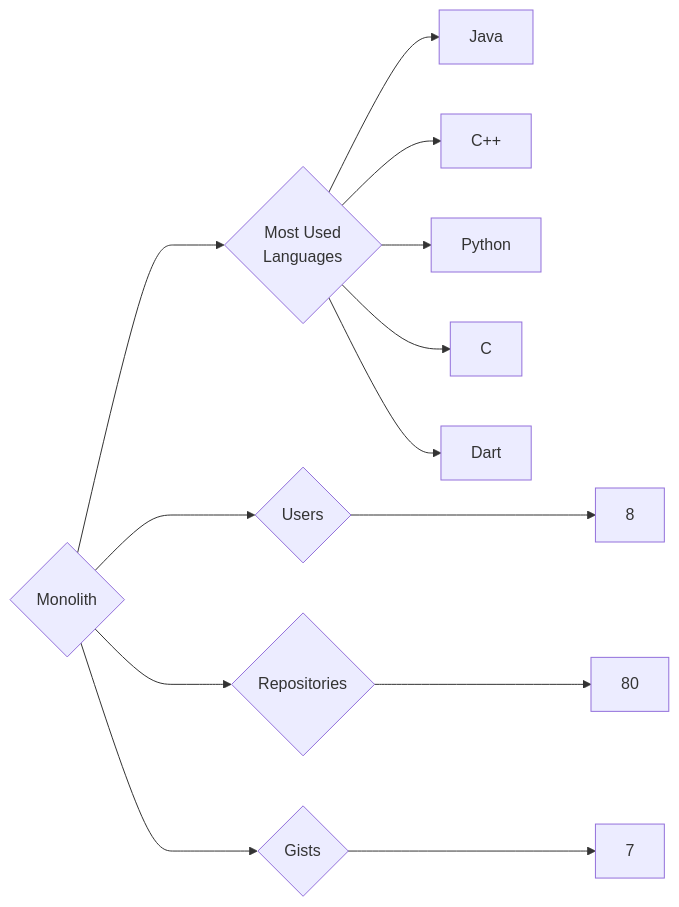
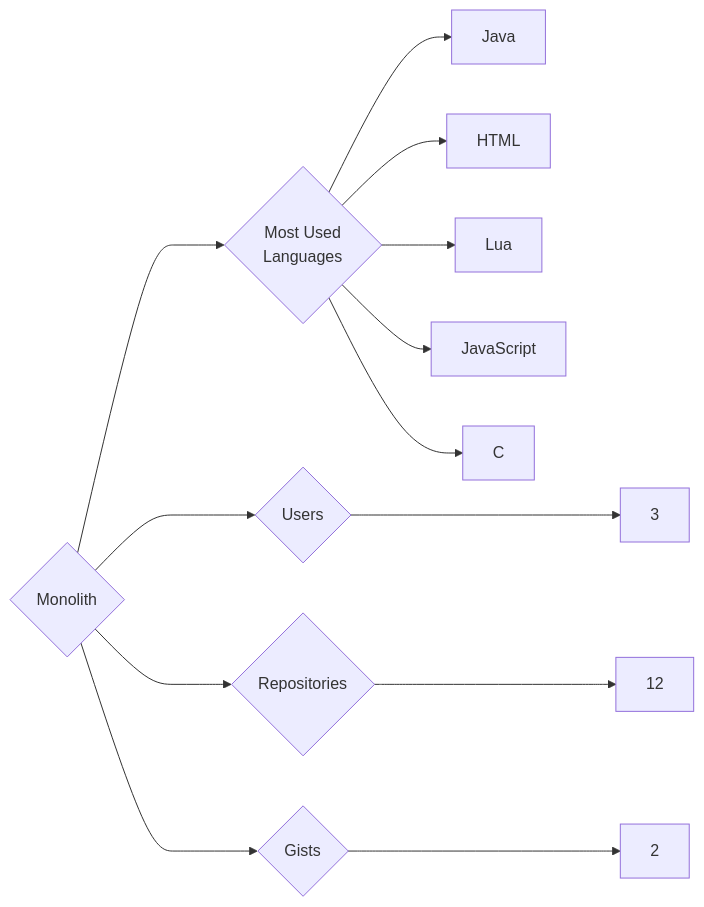
The diagram in targets/Monolith/README.md (trickest/insiders), drawn with Mermaid before and after one commit. The commit also changed 1479 other files, not shown here.

````diff
--- a/targets/Monolith/README.md
+++ b/targets/Monolith/README.md
@@ -3,13 +3,13 @@
 ```mermaid
 graph LR
 COMPANY_NAME{Monolith}
-COMPANY_NAME ---> U{Users} ---> UN[8]
-COMPANY_NAME ---> R{Repositories} ---> RN[80]
-COMPANY_NAME ---> G{Gists} ---> GN[7]
+COMPANY_NAME ---> U{Users} ---> UN[3]
+COMPANY_NAME ---> R{Repositories} ---> RN[12]
+COMPANY_NAME ---> G{Gists} ---> GN[2]
 COMPANY_NAME ---> ML{Most Used<br>Languages}
 ML --> Java[Java]
-ML --> C++[C++]
-ML --> Python[Python]
+ML --> HTML[HTML]
+ML --> Lua[Lua]
+ML --> JavaScript[JavaScript]
 ML --> C[C]
-ML --> Dart[Dart]
 ```
````
